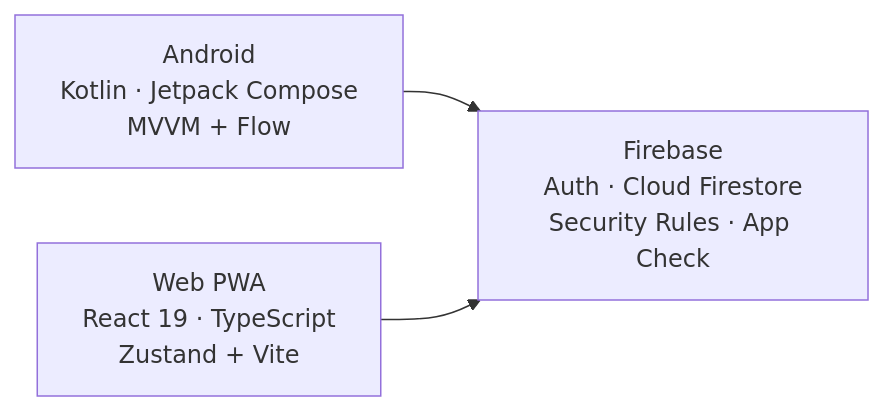
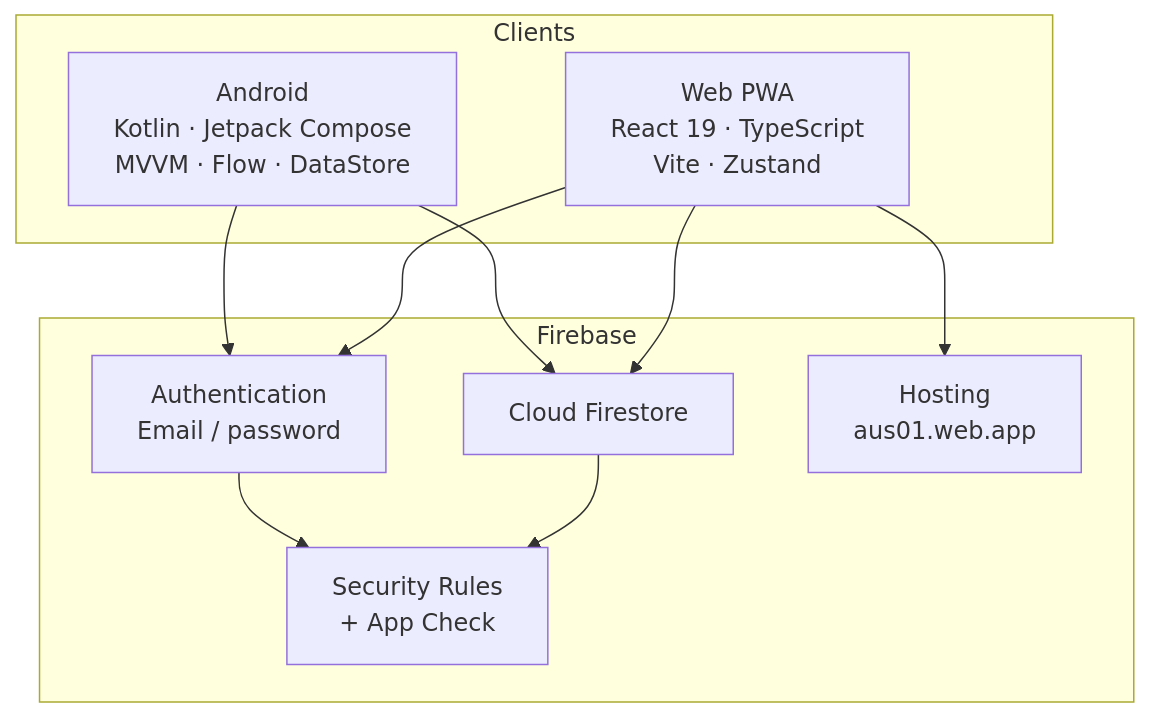
Before and after one commit to shareef01/ausgegeben: the first of 3 diagrams in README.md, drawn with Mermaid. The commit also changed other lines of this file, not shown here.

First line of the commit message:
docs: refresh README architecture diagrams and fix inaccurate claims

````diff
--- a/README.md
+++ b/README.md
@@ -60,6 +61,22 @@
 ```mermaid
-graph LR
-    A["Android<br/>Kotlin · Jetpack Compose<br/>MVVM + Flow"] --> F
-    W["Web PWA<br/>React 19 · TypeScript<br/>Zustand + Vite"] --> F
-    F["Firebase<br/>Auth · Cloud Firestore<br/>Security Rules · App Check"]
+flowchart TB
+  subgraph clients [Clients]
+    Android["Android<br/>Kotlin · Jetpack Compose<br/>MVVM · Flow · DataStore"]
+    Web["Web PWA<br/>React 19 · TypeScript<br/>Vite · Zustand"]
+  end
+
+  subgraph firebase [Firebase]
+    Auth["Authentication<br/>Email / password"]
+    FS["Cloud Firestore"]
+    Host["Hosting<br/>aus01.web.app"]
+    Rules["Security Rules<br/>+ App Check"]
+  end
+
+  Android --> Auth
+  Web --> Auth
+  Android --> FS
+  Web --> FS
+  Web --> Host
+  Auth --> Rules
+  FS --> Rules
 ```
````
